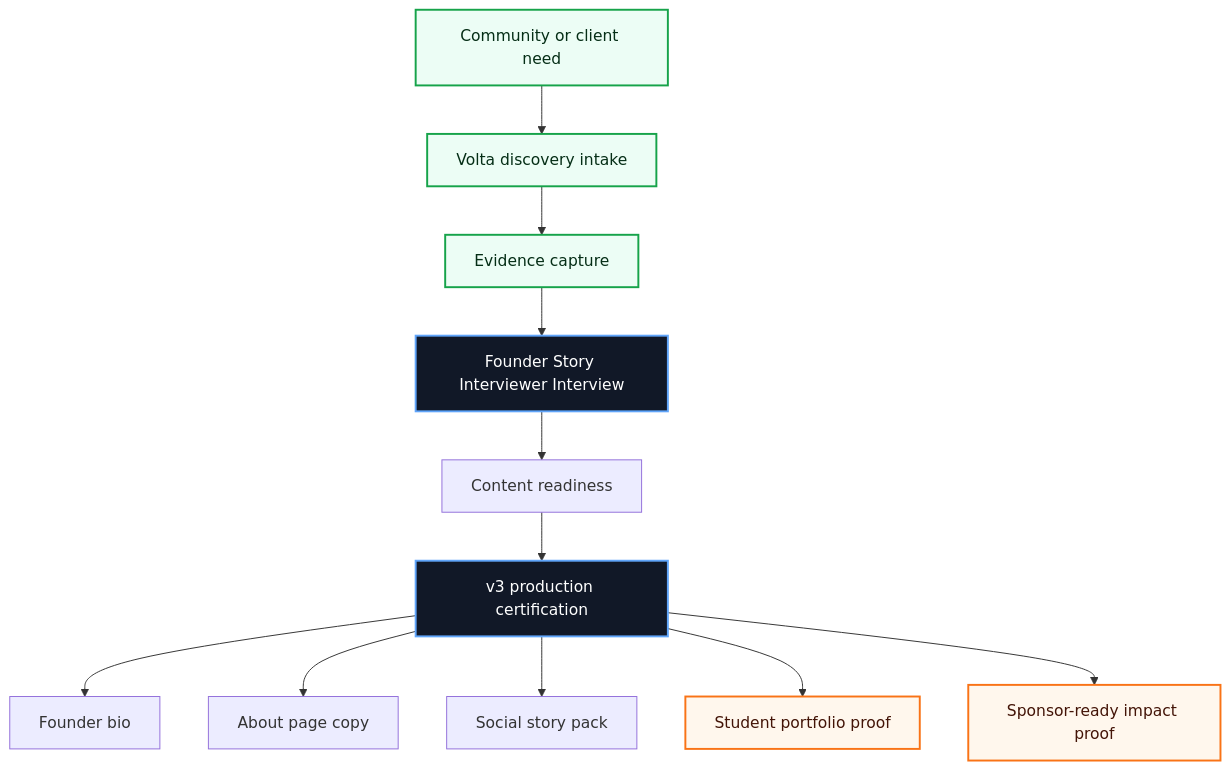
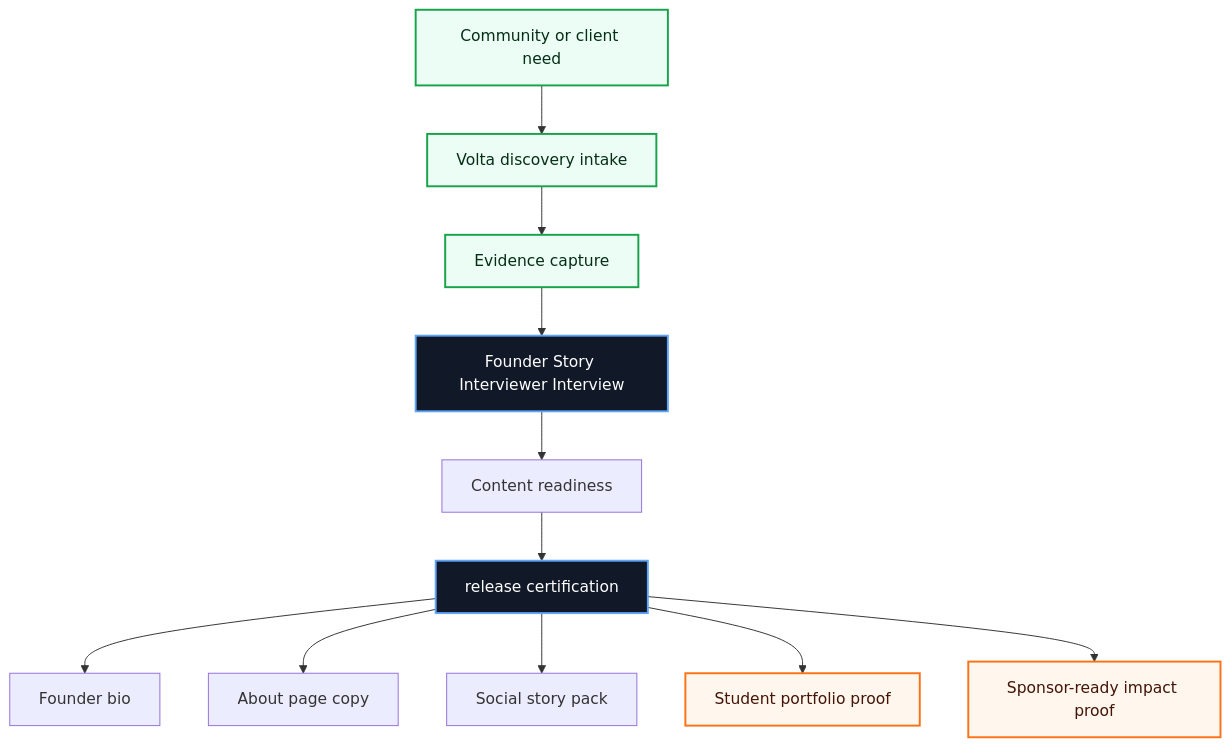
The first of 3 diagrams in README.md (volta-npo/founder-story-interviewer), drawn with Mermaid before and after one commit. The commit also changed other lines of this file and 28 other files, not shown here.

````diff
--- a/README.md
+++ b/README.md
@@ -43,20 +43,20 @@
 ```mermaid
 flowchart TD
     Need["Community or client need"] --> Intake["Volta discovery intake"]
     Intake --> Evidence["Evidence capture"]
     Evidence --> Workbench["Founder Story Interviewer Interview"]
     Workbench --> Score["Content readiness"]
-    Score --> Cert["v3 production certification"]
+    Score --> Cert["release certification"]
     Cert --> A1["Founder bio"]
     Cert --> A2["About page copy"]
     Cert --> A3["Social story pack"]
     Cert --> Student["Student portfolio proof"]
     Cert --> Sponsor["Sponsor-ready impact proof"]
 
     classDef volta fill:#111827,stroke:#60a5fa,color:#ffffff,stroke-width:2px;
     classDef equity fill:#ecfdf5,stroke:#16a34a,color:#052e16,stroke-width:2px;
     classDef proof fill:#fff7ed,stroke:#f97316,color:#431407,stroke-width:2px;
     class Workbench,Cert volta;
     class Need,Intake,Evidence equity;
     class Student,Sponsor proof;
 ```
````
